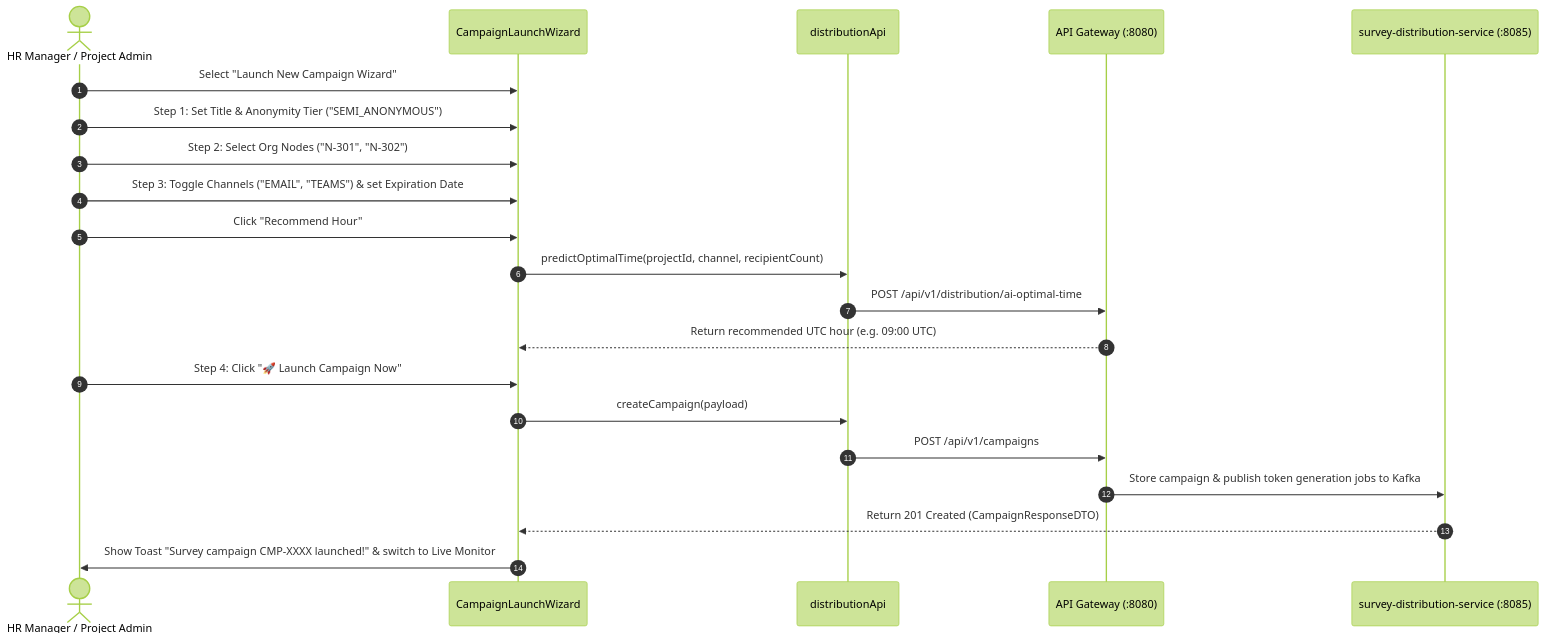
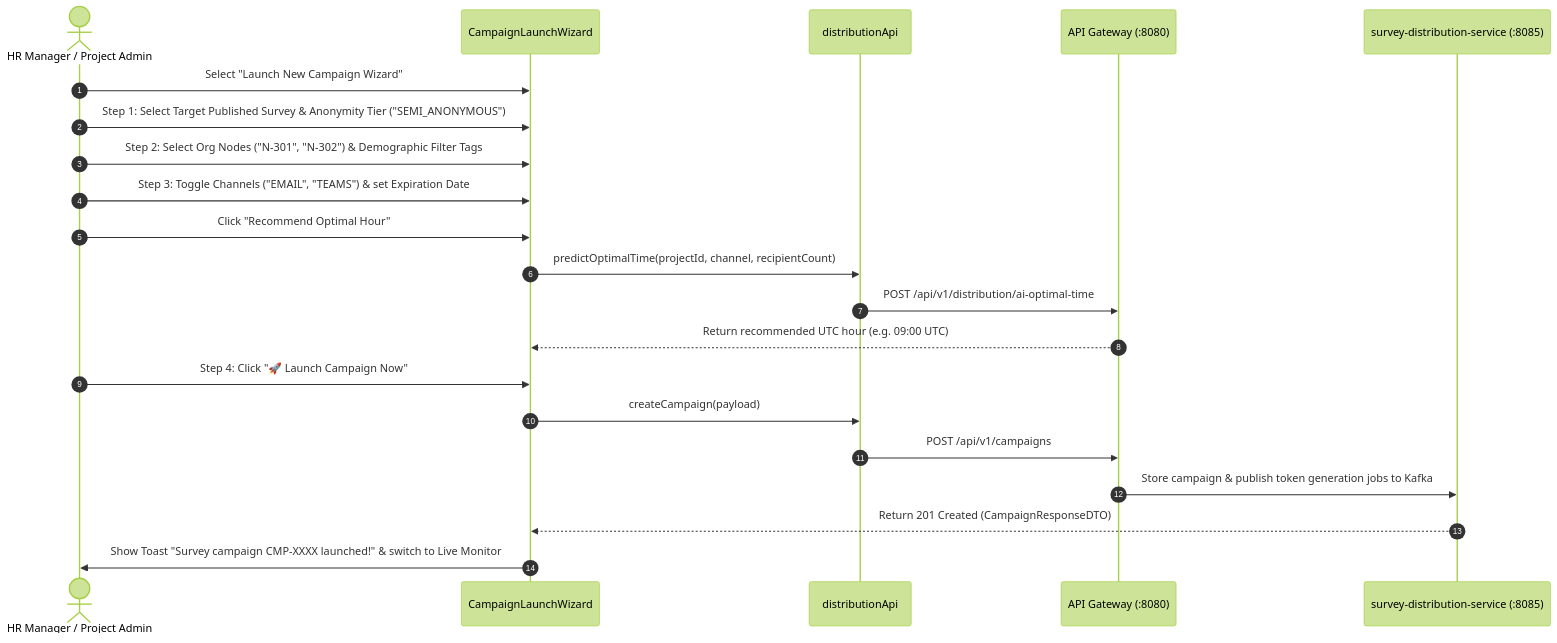
The diagram in docs/frontend-audit/FEAT-005/PF-005-01.md (kavicastelo/talnova-enterprise-survey-platform), drawn with Mermaid (forest theme) before and after one commit. The commit also changed other lines of this file and 10 other files, not shown here.

````diff
--- a/docs/frontend-audit/FEAT-005/PF-005-01.md
+++ b/docs/frontend-audit/FEAT-005/PF-005-01.md
@@ -41,24 +41,24 @@
 ```mermaid
 sequenceDiagram
     autonumber
     actor HR as HR Manager / Project Admin
     participant UI as CampaignLaunchWizard
     participant API as distributionApi
     participant GW as API Gateway (:8080)
     participant SDS as survey-distribution-service (:8085)
 
     HR->>UI: Select "Launch New Campaign Wizard"
-    HR->>UI: Step 1: Set Title & Anonymity Tier ("SEMI_ANONYMOUS")
-    HR->>UI: Step 2: Select Org Nodes ("N-301", "N-302")
+    HR->>UI: Step 1: Select Target Published Survey & Anonymity Tier ("SEMI_ANONYMOUS")
+    HR->>UI: Step 2: Select Org Nodes ("N-301", "N-302") & Demographic Filter Tags
     HR->>UI: Step 3: Toggle Channels ("EMAIL", "TEAMS") & set Expiration Date
-    HR->>UI: Click "Recommend Hour"
+    HR->>UI: Click "Recommend Optimal Hour"
     UI->>API: predictOptimalTime(projectId, channel, recipientCount)
     API->>GW: POST /api/v1/distribution/ai-optimal-time
     GW-->>UI: Return recommended UTC hour (e.g. 09:00 UTC)
     HR->>UI: Step 4: Click "🚀 Launch Campaign Now"
     UI->>API: createCampaign(payload)
     API->>GW: POST /api/v1/campaigns
     GW->>SDS: Store campaign & publish token generation jobs to Kafka
     SDS-->>UI: Return 201 Created (CampaignResponseDTO)
     UI->>HR: Show Toast "Survey campaign CMP-XXXX launched!" & switch to Live Monitor
 ```
````
